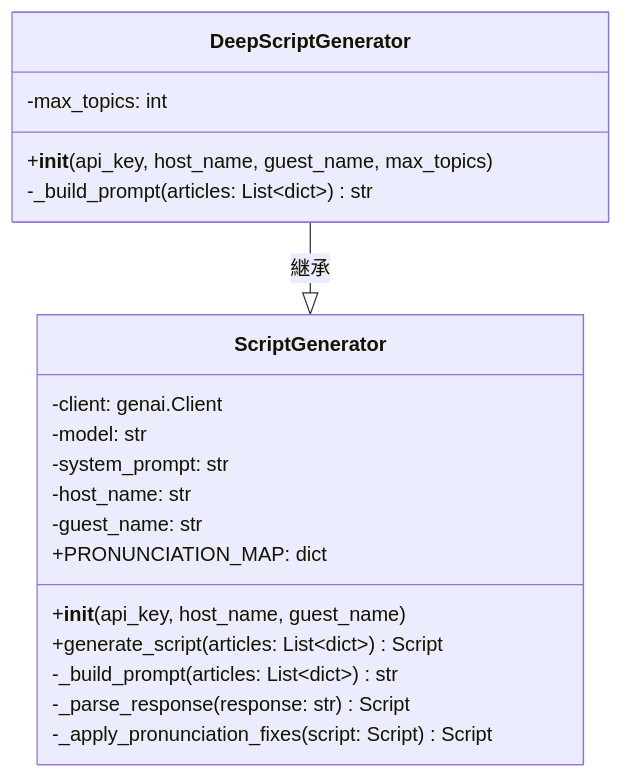
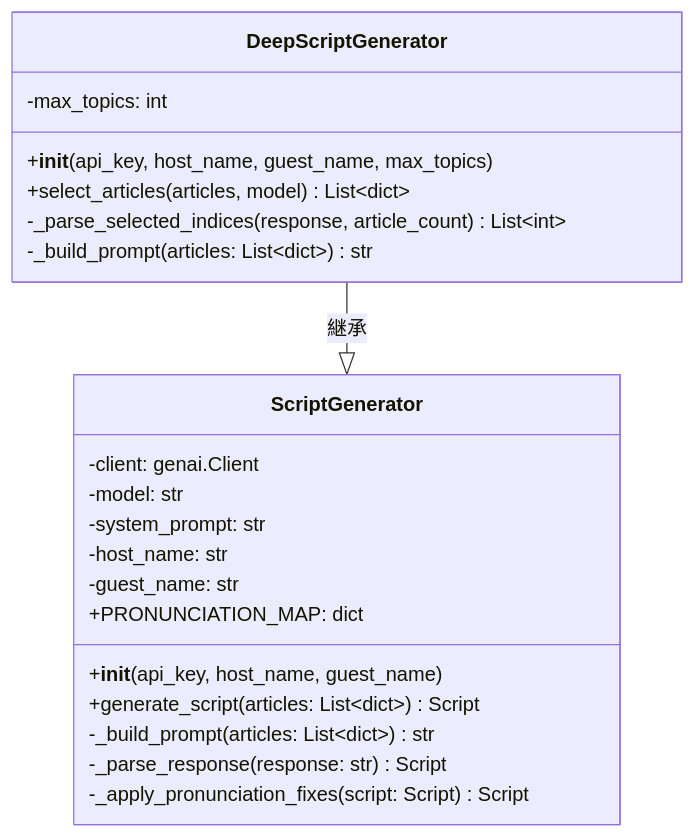
Before and after one commit to necoha/auto-podcast: the second of 8 diagrams in docs/LLD.md, drawn with Mermaid. The commit also changed other lines of this file and 7 other files, not shown here.

First line of the commit message:
Select deep-dive articles before grounding

````diff
--- a/docs/LLD.md
+++ b/docs/LLD.md
@@ -63,24 +63,26 @@
 ```mermaid
 classDiagram
     class ScriptGenerator {
         -client: genai.Client
         -model: str
         -system_prompt: str
         -host_name: str
         -guest_name: str
         +PRONUNCIATION_MAP: dict
         +__init__(api_key, host_name, guest_name)
         +generate_script(articles: List~dict~) Script
         -_build_prompt(articles: List~dict~) str
         -_parse_response(response: str) Script
         -_apply_pronunciation_fixes(script: Script) Script
     }
 
     class DeepScriptGenerator {
         -max_topics: int
         +__init__(api_key, host_name, guest_name, max_topics)
+        +select_articles(articles, model) List~dict~
+        -_parse_selected_indices(response, article_count) List~int~
         -_build_prompt(articles: List~dict~) str
     }
 
     DeepScriptGenerator --|> ScriptGenerator : 継承
 ```
````
